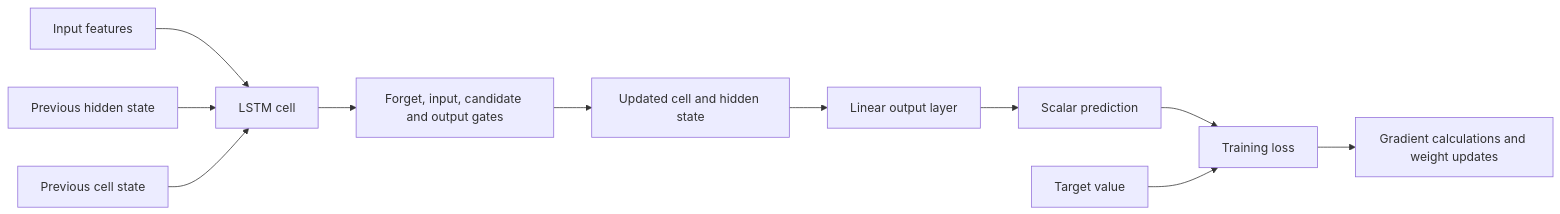
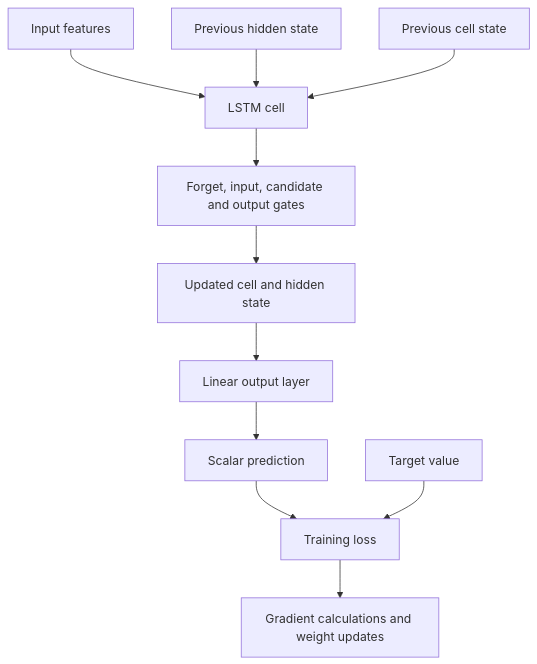
Before and after one commit to anudeepadi/lstm-from-scratch-cpp: the diagram in README.md, drawn with Mermaid.

Commit message:
docs: improve architecture diagram readability

````diff
--- a/README.md
+++ b/README.md
@@ -28,13 +28,13 @@
 ```mermaid
-flowchart LR
+flowchart TD
     X["Input features"] --> Cell["LSTM cell"]
     H["Previous hidden state"] --> Cell
     C["Previous cell state"] --> Cell
     Cell --> Gates["Forget, input, candidate and output gates"]
     Gates --> State["Updated cell and hidden state"]
     State --> Linear["Linear output layer"]
     Linear --> Prediction["Scalar prediction"]
     Prediction --> Loss["Training loss"]
     Target["Target value"] --> Loss
     Loss --> Updates["Gradient calculations and weight updates"]
 ```
````
